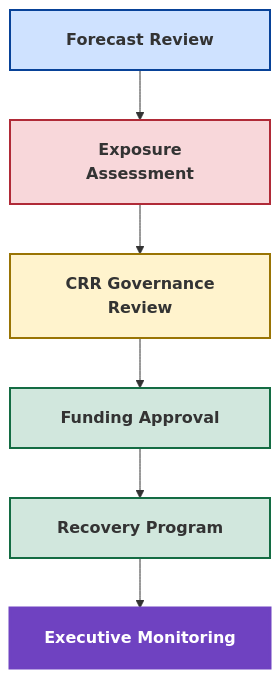
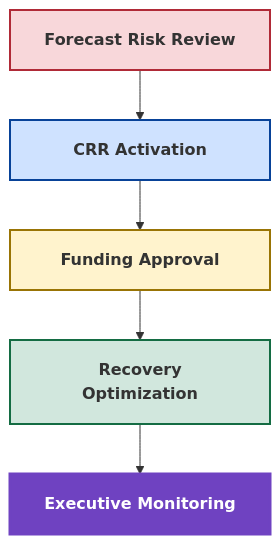
The fourth of 4 diagrams in 08_CRR_Optimization/central-risk-reserve.md (AwesomeAnil/newbridge-saas-operating-system), drawn with Mermaid before and after one commit. The commit also changed other lines of this file, not shown here.

First line of the commit message:
Update central-risk-reserve.md

````diff
--- a/08_CRR_Optimization/central-risk-reserve.md
+++ b/08_CRR_Optimization/central-risk-reserve.md
@@ -295,27 +289,19 @@
 ```mermaid
 flowchart TD
+    A["<table width='200'><tr><td style='white-space: normal; word-wrap: break-word;'><b>Forecast Risk Review</b></td></tr></table>"]
+    B["<table width='200'><tr><td style='white-space: normal; word-wrap: break-word;'><b>CRR Activation</b></td></tr></table>"]
+    C["<table width='200'><tr><td style='white-space: normal; word-wrap: break-word;'><b>Funding Approval</b></td></tr></table>"]
+    D["<table width='200'><tr><td style='white-space: normal; word-wrap: break-word;'><b>Recovery Optimization</b></td></tr></table>"]
+    E["<table width='200'><tr><td style='white-space: normal; word-wrap: break-word;'><b>Executive Monitoring</b></td></tr></table>"]
 
-A["<table width='200'><tr><td style='white-space: normal; word-wrap: break-word;'><b>Forecast Review</b></td></tr></table>"]
+    A --> B
+    B --> C
+    C --> D
+    D --> E
 
---> B["<table width='200'><tr><td style='white-space: normal; word-wrap: break-word;'><b>Exposure Assessment</b></td></tr></table>"]
-
---> C["<table width='200'><tr><td style='white-space: normal; word-wrap: break-word;'><b>CRR Governance Review</b></td></tr></table>"]
-
---> D["<table width='200'><tr><td style='white-space: normal; word-wrap: break-word;'><b>Funding Approval</b></td></tr></table>"]
-
---> E["<table width='200'><tr><td style='white-space: normal; word-wrap: break-word;'><b>Recovery Program</b></td></tr></table>"]
-
---> F["<table width='200'><tr><td style='white-space: normal; word-wrap: break-word;'><b>Executive Monitoring</b></td></tr></table>"]
-
-style A fill:#cfe2ff,stroke:#084298,stroke-width:2px
-
-style B fill:#f8d7da,stroke:#b02a37,stroke-width:2px
-
-style C fill:#fff3cd,stroke:#997404,stroke-width:2px
-
-style D fill:#d1e7dd,stroke:#146c43,stroke-width:2px
-
-style E fill:#d1e7dd,stroke:#146c43,stroke-width:2px
-
-style F fill:#6f42c1,color:#ffffff,stroke:#6f42c1,stroke-width:3px
+    style A fill:#f8d7da,stroke:#b02a37,stroke-width:2px
+    style B fill:#cfe2ff,stroke:#084298,stroke-width:2px
+    style C fill:#fff3cd,stroke:#997404,stroke-width:2px
+    style D fill:#d1e7dd,stroke:#146c43,stroke-width:2px
+    style E fill:#6f42c1,color:#ffffff,stroke:#6f42c1,stroke-width:3px
 ```
````
